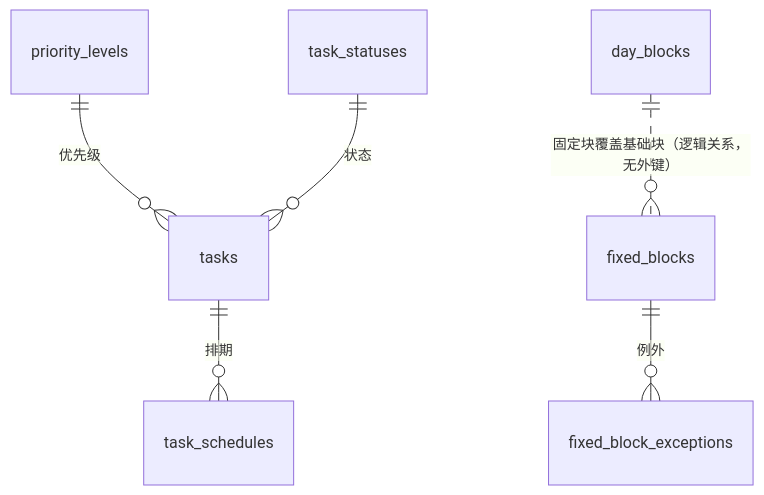
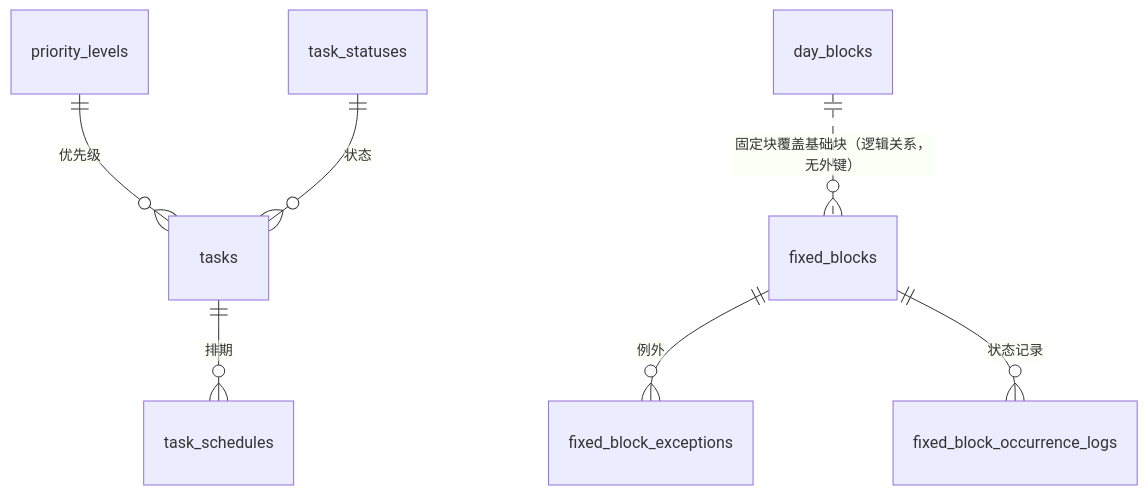
The diagram in docs/database.md (foolish-duckegg/tasks-planner), drawn with Mermaid before and after one commit. The commit also changed other lines of this file and 24 other files, not shown here.

````diff
--- a/docs/database.md
+++ b/docs/database.md
@@ -20,8 +20,9 @@
 ```mermaid
 erDiagram
     priority_levels ||--o{ tasks : "优先级"
     task_statuses ||--o{ tasks : "状态"
     tasks ||--o{ task_schedules : "排期"
     fixed_blocks ||--o{ fixed_block_exceptions : "例外"
+    fixed_blocks ||--o{ fixed_block_occurrence_logs : "状态记录"
     day_blocks ||..o{ fixed_blocks : "固定块覆盖基础块（逻辑关系，无外键）"
 ```
````
